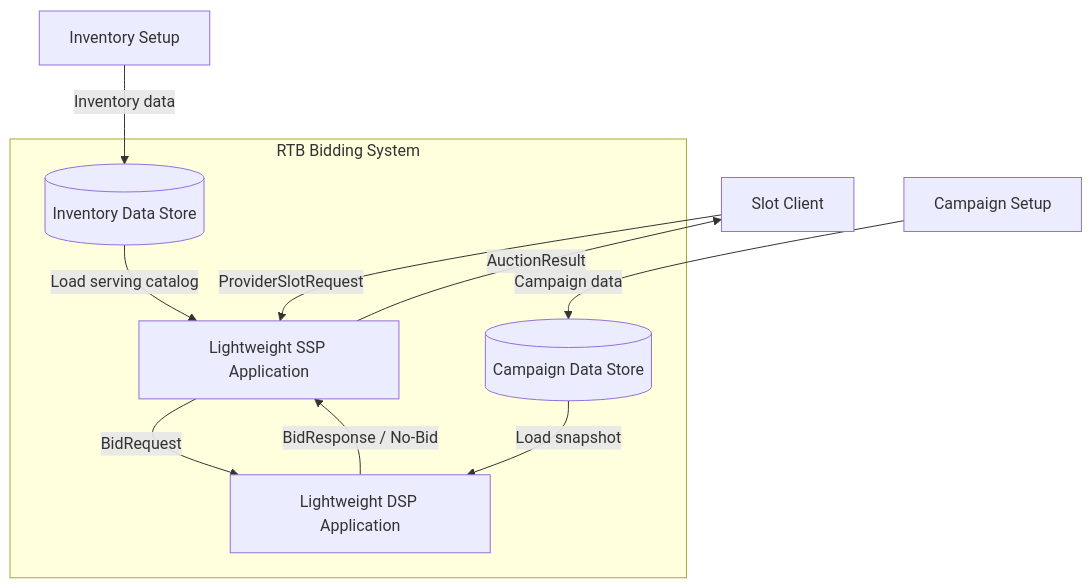
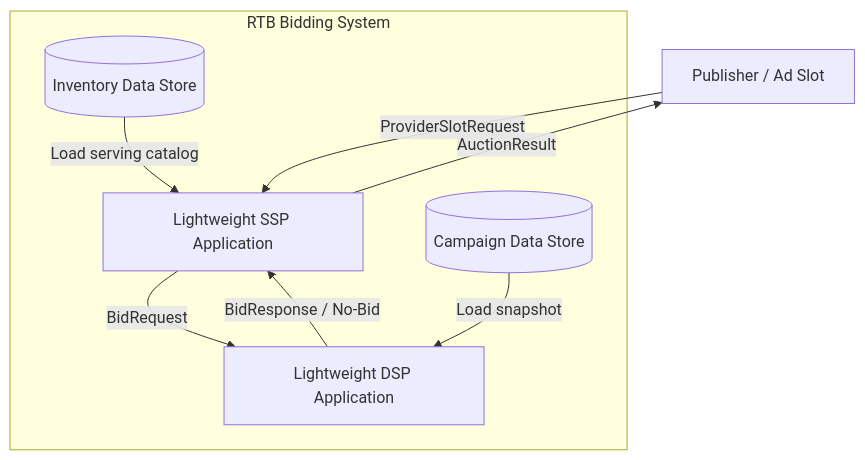
The second of 2 diagrams in docs/ARCHITECTURE.md (bbororo5/low-latency-openrtb-auction), drawn with Mermaid before and after one commit. The commit also changed other lines of this file and 7 other files, not shown here.

Commit message:
Remove setup actors from architecture diagrams

````diff
--- a/docs/ARCHITECTURE.md
+++ b/docs/ARCHITECTURE.md
@@ -196,25 +194,21 @@
 ```mermaid
 flowchart TB
-    client["Slot Client"]
-    advertiser["Campaign Setup"]
-    inventoryOwner["Inventory Setup"]
+    client["Publisher / Ad Slot"]
 
     subgraph boundary["RTB Bidding System"]
         ssp["Lightweight SSP Application"]
         dsp["Lightweight DSP Application"]
         inventoryStore[("Inventory Data Store")]
         campaignStore[("Campaign Data Store")]
     end
 
     client -->|"ProviderSlotRequest"| ssp
     ssp -->|"AuctionResult"| client
 
     ssp -->|"BidRequest"| dsp
     dsp -->|"BidResponse / No-Bid"| ssp
 
-    inventoryOwner -->|"Inventory data"| inventoryStore
     inventoryStore -->|"Load serving catalog"| ssp
 
-    advertiser -->|"Campaign data"| campaignStore
     campaignStore -->|"Load snapshot"| dsp
 ```
````
